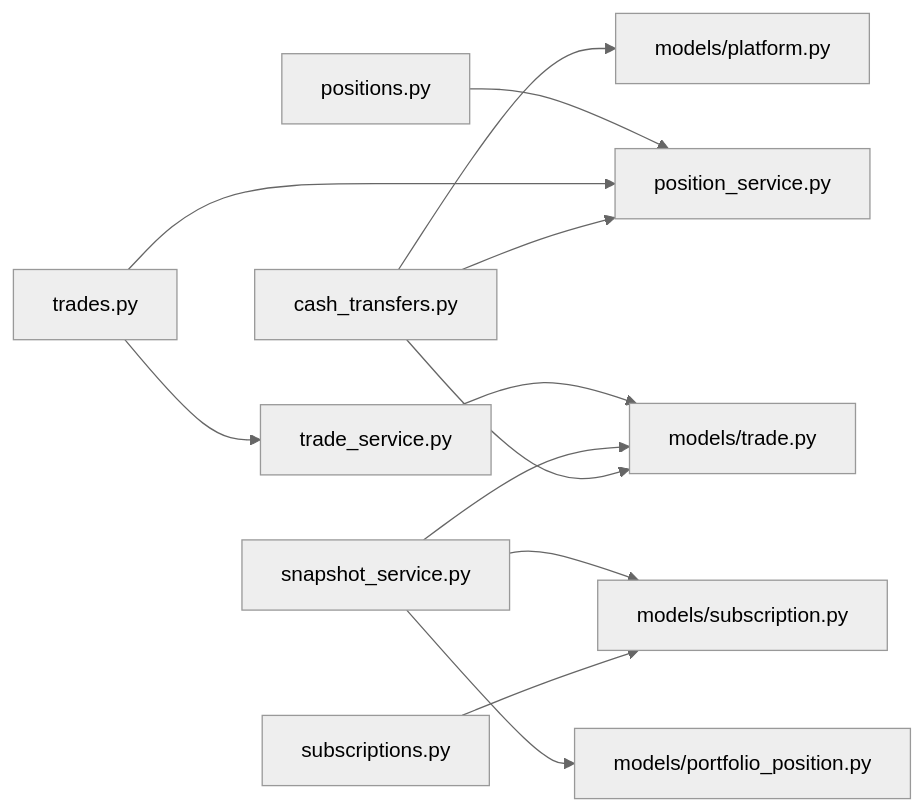
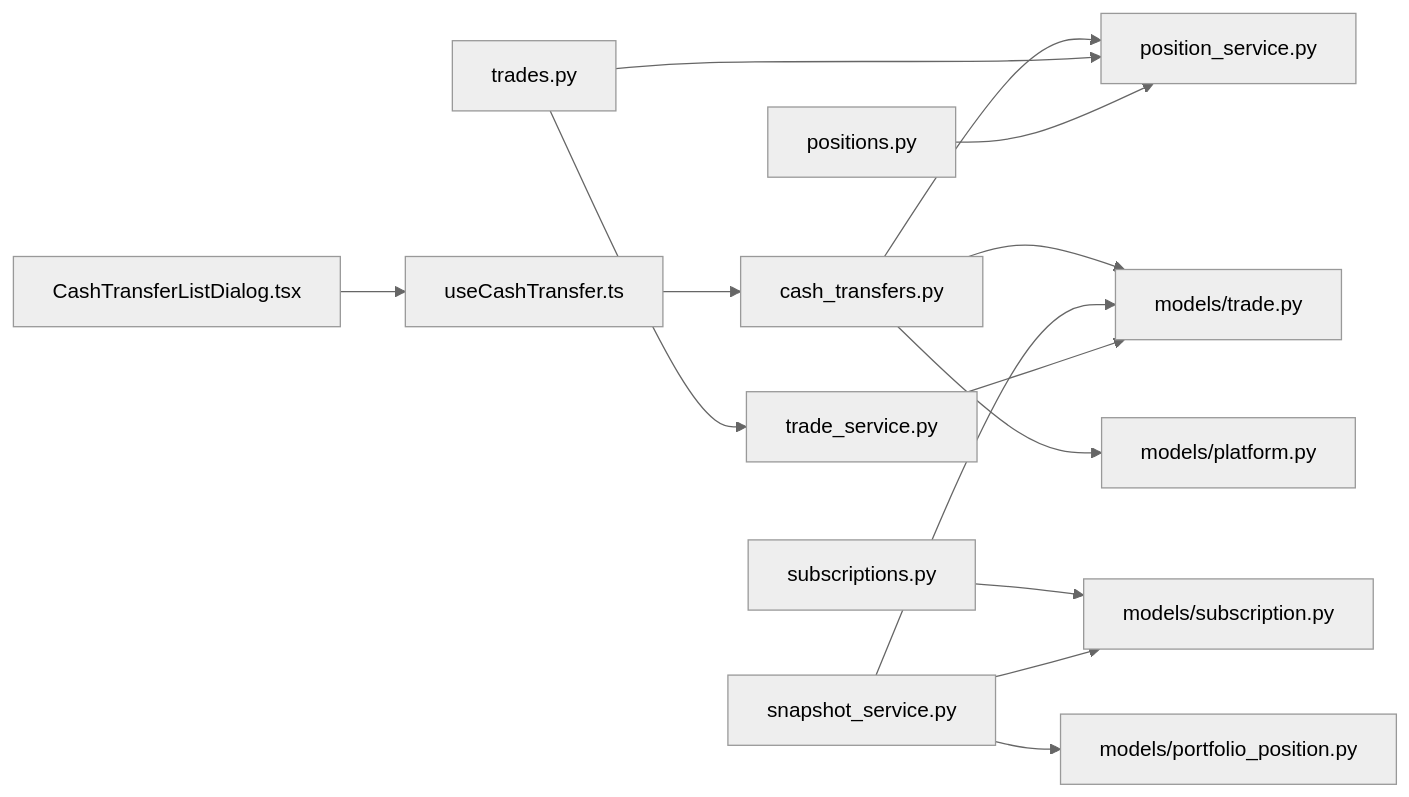
Before and after one commit to gujialind/InvestRing: the ninth of 9 diagrams in .qoder/repowiki/zh/content/核心业务功能/平台间现金转移系统.md, drawn with Mermaid (neutral theme). The commit also changed other lines of this file and 32 other files, not shown here.

````diff
--- a/.qoder/repowiki/zh/content/核心业务功能/平台间现金转移系统.md
+++ b/.qoder/repowiki/zh/content/核心业务功能/平台间现金转移系统.md
@@ -381,14 +430,16 @@
 ```mermaid
 graph LR
 CT["cash_transfers.py"] --> PS["position_service.py"]
 CT --> TM["models/trade.py"]
 CT --> PL["models/platform.py"]
 TR["trades.py"] --> PS
 TR --> TS["trade_service.py"]
 SB["subscriptions.py"] --> SM["models/subscription.py"]
 PP["positions.py"] --> PS
 SS["snapshot_service.py"] --> TM
 SS --> SM
 SS --> PO["models/portfolio_position.py"]
 TS --> TM
+F3["CashTransferListDialog.tsx"] --> F2["useCashTransfer.ts"]
+F2 --> CT
 ```
````
